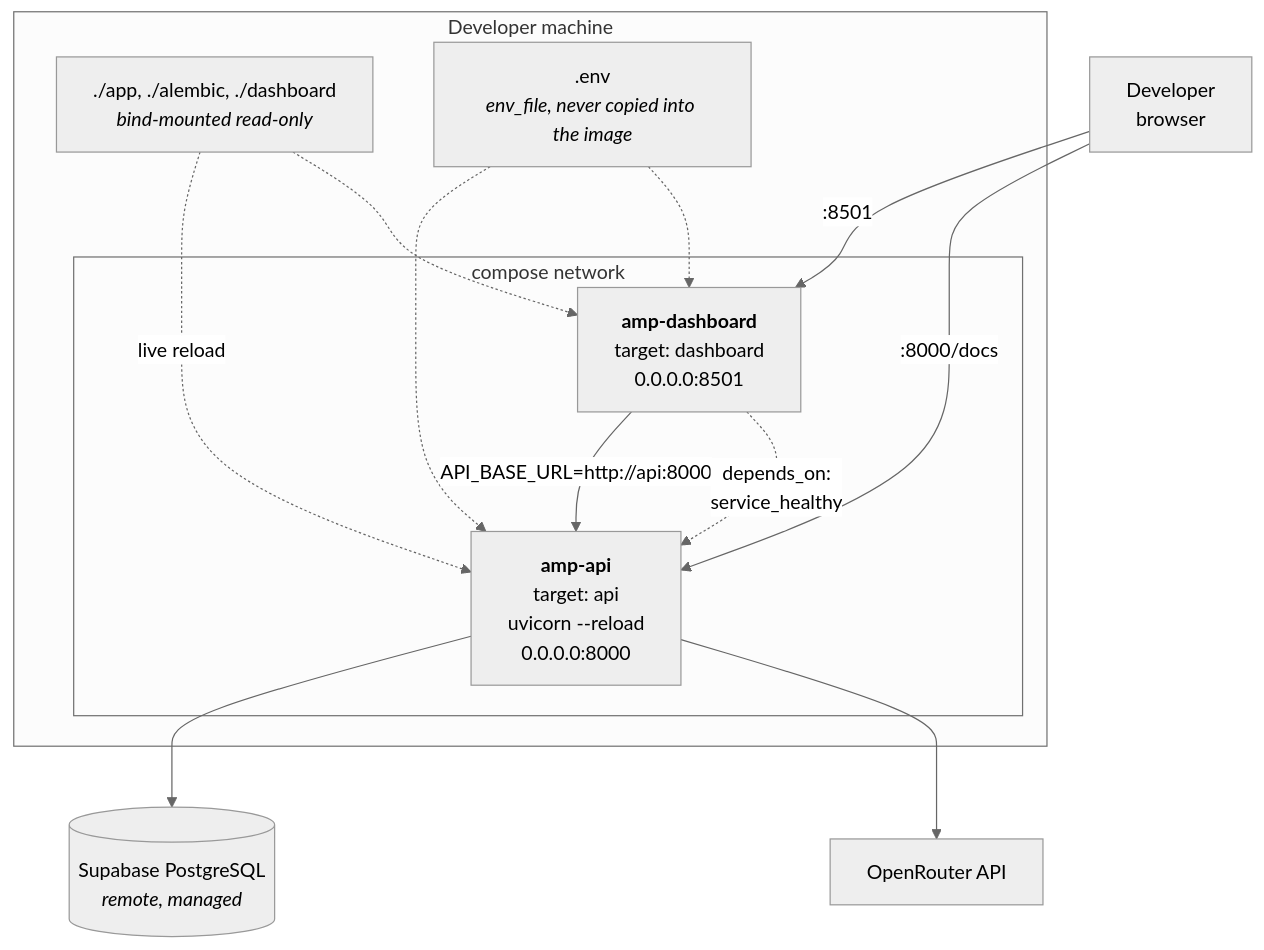
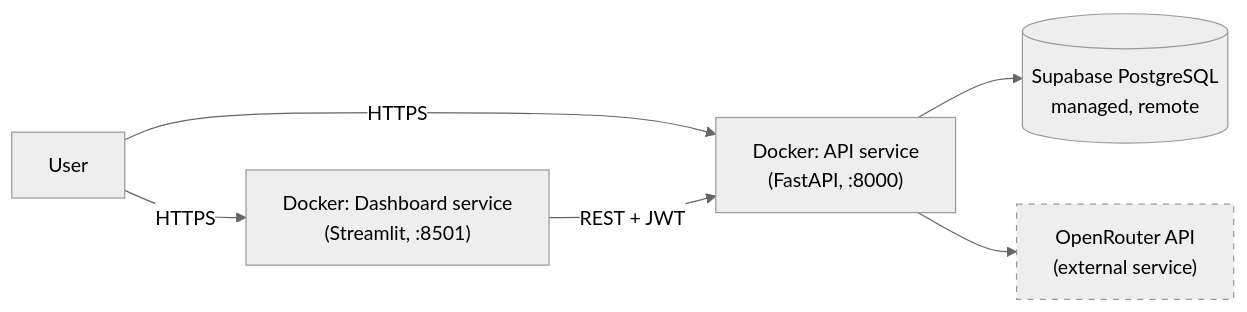
The diagram in docs/diagrams/deployment.md (Tanuj26Rajput/attendance-management-platform), drawn with Mermaid (neutral theme) before and after one commit. The commit also changed other lines of this file and 7 other files, not shown here.

Commit message:
updated diagrams

````diff
--- a/docs/diagrams/deployment.md
+++ b/docs/diagrams/deployment.md
@@ -25,27 +6,11 @@
 ```mermaid
-flowchart TB
-    dev["Developer<br/>browser"]
+flowchart LR
+    user["User"] -->|HTTPS| api["Docker: API service<br/>(FastAPI, :8000)"]
+    user -->|HTTPS| dash["Docker: Dashboard service<br/>(Streamlit, :8501)"]
+    dash -->|"REST + JWT"| api
+    api --> db[("Supabase PostgreSQL<br/>managed, remote")]
+    api --> or["OpenRouter API<br/>(external service)"]
 
-    subgraph host["Developer machine"]
-        subgraph net["compose network"]
-            capi["<b>amp-api</b><br/>target: api<br/>uvicorn --reload<br/>0.0.0.0:8000"]
-            cdash["<b>amp-dashboard</b><br/>target: dashboard<br/>0.0.0.0:8501"]
-        end
-        src["./app, ./alembic, ./dashboard<br/><i>bind-mounted read-only</i>"]
-        envfile[".env<br/><i>env_file, never copied into the image</i>"]
-    end
-
-    supa[("Supabase PostgreSQL<br/><i>remote, managed</i>")]
-    or["OpenRouter API"]
-
-    dev -->|":8501"| cdash
-    dev -->|":8000/docs"| capi
-    cdash -->|"API_BASE_URL=http://api:8000"| capi
-    capi --> supa
-    capi --> or
-    src -.->|live reload| capi
-    src -.-> cdash
-    envfile -.-> capi
-    envfile -.-> cdash
-    cdash -.->|"depends_on:<br/>service_healthy"| capi
+    style db stroke-dasharray: 0
+    style or stroke-dasharray: 5 5
 ```
````
